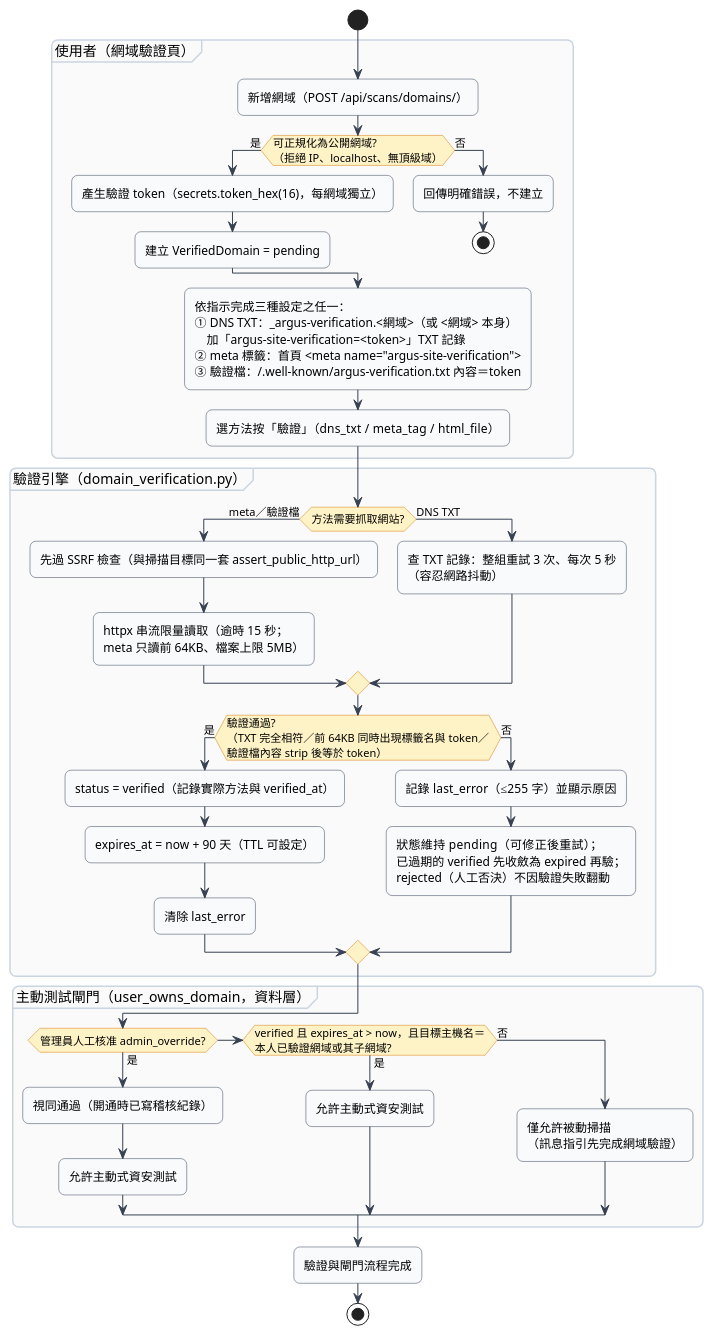
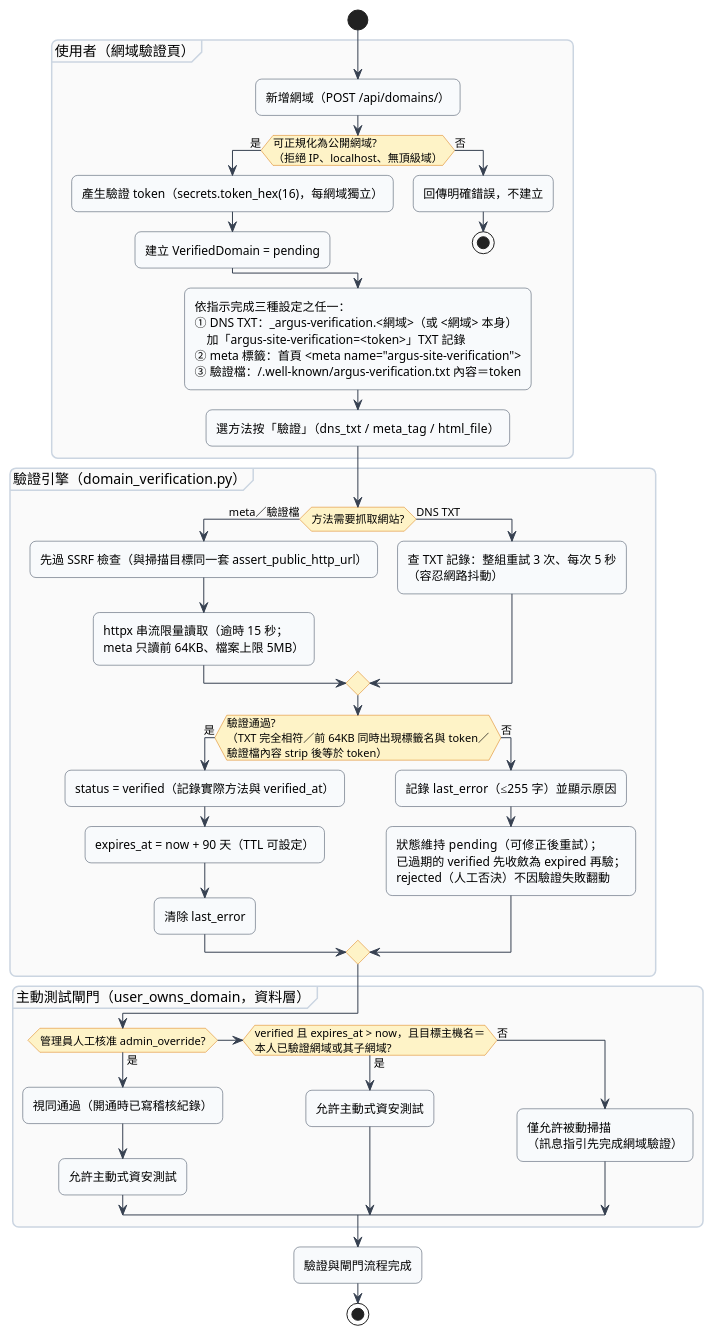
Before and after one commit to Djude1/Argus_WebsiteDiagnosticPlatform: diagram 14 of 25 in 專題文件生成/設計文件_圖表與成本模組.md, drawn with PlantUML. The commit also changed other lines of this file and 35 other files, not shown here.

````diff
--- a/專題文件生成/設計文件_圖表與成本模組.md
+++ b/專題文件生成/設計文件_圖表與成本模組.md
@@ -732,60 +736,60 @@
 ```plantuml
 @startuml
 skinparam defaultFontName Microsoft JhengHei
 skinparam shadowing false
 skinparam roundcorner 12
 skinparam BackgroundColor #FFFFFF
 skinparam ArrowColor #374151
 skinparam ActivityBorderColor #334155
 skinparam ActivityBackgroundColor #F8FAFC
 skinparam ActivityDiamondBackgroundColor #FEF3C7
 skinparam ActivityDiamondBorderColor #D97706
 skinparam partitionBorderColor #CBD5E1
 skinparam partitionBackgroundColor #FAFAFA
 
 start
 partition "使用者（網域驗證頁）" {
-  :新增網域（POST /api/scans/domains/）;
+  :新增網域（POST /api/domains/）;
   if (可正規化為公開網域?\n（拒絕 IP、localhost、無頂級域）) then (是)
     :產生驗證 token（secrets.token_hex(16)，每網域獨立）;
     :建立 VerifiedDomain = pending;
   else (否)
     :回傳明確錯誤，不建立;
     stop
   endif
   :依指示完成三種設定之任一：\n① DNS TXT：_argus-verification.<網域>（或 <網域> 本身）\n　加「argus-site-verification=<token>」TXT 記錄\n② meta 標籤：首頁 <meta name="argus-site-verification">\n③ 驗證檔：/.well-known/argus-verification.txt 內容＝token;
   :選方法按「驗證」（dns_txt / meta_tag / html_file）;
 }
 partition "驗證引擎（domain_verification.py）" {
   if (方法需要抓取網站?) then (meta／驗證檔)
     :先過 SSRF 檢查（與掃描目標同一套 assert_public_http_url）;
     :httpx 串流限量讀取（逾時 15 秒；
 meta 只讀前 64KB、檔案上限 5MB）;
   else (DNS TXT)
     :查 TXT 記錄：整組重試 3 次、每次 5 秒\n（容忍網路抖動）;
   endif
   if (驗證通過?\n（TXT 完全相符／前 64KB 同時出現標籤名與 token／\n驗證檔內容 strip 後等於 token）) then (是)
     :status = verified（記錄實際方法與 verified_at）;
     :expires_at = now + 90 天（TTL 可設定）;
     :清除 last_error;
   else (否)
     :記錄 last_error（≤255 字）並顯示原因;
     :狀態維持 pending（可修正後重試）；
 已過期的 verified 先收斂為 expired 再驗；
 rejected（人工否決）不因驗證失敗翻動;
   endif
 }
 partition "主動測試閘門（user_owns_domain，資料層）" {
   if (管理員人工核准 admin_override?) then (是)
     :視同通過（開通時已寫稽核紀錄）;
     :允許主動式資安測試;
   elseif (verified 且 expires_at > now，且目標主機名＝\n本人已驗證網域或其子網域?) then (是)
     :允許主動式資安測試;
   else (否)
     :僅允許被動掃描\n（訊息指引先完成網域驗證）;
   endif
 }
 :驗證與閘門流程完成;
 stop
 @enduml
 ```
````
